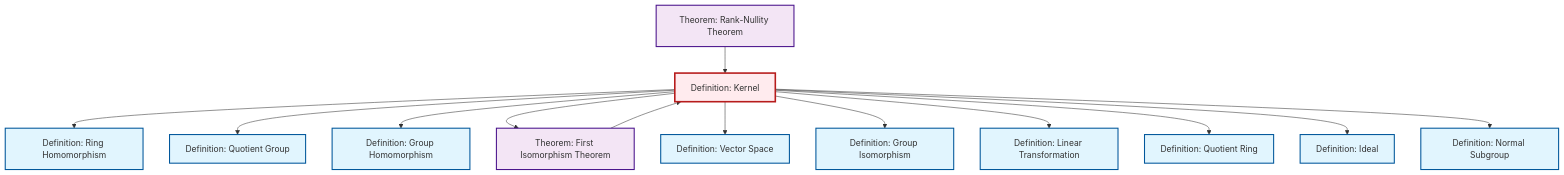
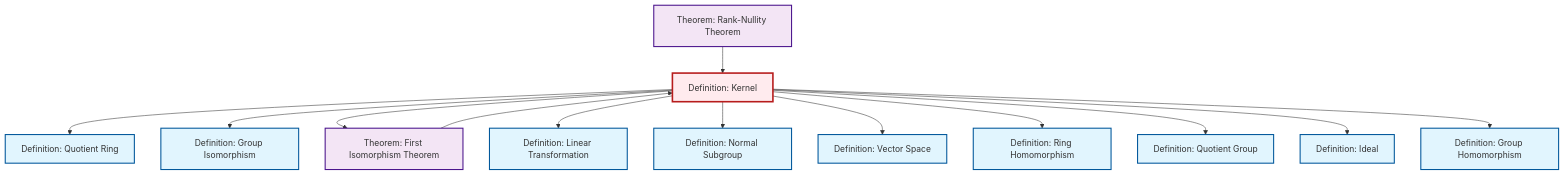
Before and after one commit to RK0429/ModernMath: the diagram in content/ja/algebra/def-kernel.qmd, drawn with Mermaid. The commit also changed other lines of this file and 634 other files, not shown here.

First line of the commit message:
feat: Add prime ideal definition with comprehensive cross-references

````diff
--- a/content/ja/algebra/def-kernel.qmd
+++ b/content/ja/algebra/def-kernel.qmd
@@ -83,45 +83,45 @@
 ```{mermaid}
 %%| fig-cap: "Local dependency graph"
 graph TD
     classDef definition fill:#e1f5fe,stroke:#01579b,stroke-width:2px
     classDef theorem fill:#f3e5f5,stroke:#4a148c,stroke-width:2px
     classDef axiom fill:#fff3e0,stroke:#e65100,stroke-width:2px
     classDef example fill:#e8f5e9,stroke:#1b5e20,stroke-width:2px
     classDef current fill:#ffebee,stroke:#b71c1c,stroke-width:3px
+    def-quotient-ring["Definition: Quotient Ring"]:::definition
+    thm-rank-nullity["Theorem: Rank-Nullity Theorem"]:::theorem
+    def-ring-homomorphism["Definition: Ring Homomorphism"]:::definition
+    def-quotient-group["Definition: Quotient Group"]:::definition
     def-normal-subgroup["Definition: Normal Subgroup"]:::definition
+    def-isomorphism["Definition: Group Isomorphism"]:::definition
+    thm-first-isomorphism["Theorem: First Isomorphism Theorem"]:::theorem
+    def-linear-transformation["Definition: Linear Transformation"]:::definition
     def-kernel["Definition: Kernel"]:::definition
-    def-ring-homomorphism["Definition: Ring Homomorphism"]:::definition
-    def-linear-transformation["Definition: Linear Transformation"]:::definition
-    def-ideal["Definition: Ideal"]:::definition
-    thm-first-isomorphism["Theorem: First Isomorphism Theorem"]:::theorem
-    thm-rank-nullity["Theorem: Rank-Nullity Theorem"]:::theorem
-    def-quotient-group["Definition: Quotient Group"]:::definition
-    def-isomorphism["Definition: Group Isomorphism"]:::definition
-    def-quotient-ring["Definition: Quotient Ring"]:::definition
     def-homomorphism["Definition: Group Homomorphism"]:::definition
     def-vector-space["Definition: Vector Space"]:::definition
+    def-ideal["Definition: Ideal"]:::definition
+    def-kernel --> def-quotient-ring
+    def-kernel --> def-isomorphism
+    def-kernel --> thm-first-isomorphism
+    thm-first-isomorphism --> def-kernel
+    def-kernel --> def-linear-transformation
+    def-kernel --> def-normal-subgroup
+    def-kernel --> def-vector-space
     def-kernel --> def-ring-homomorphism
     def-kernel --> def-quotient-group
+    def-kernel --> def-ideal
     def-kernel --> def-homomorphism
-    def-kernel --> thm-first-isomorphism
-    def-kernel --> def-vector-space
-    def-kernel --> def-isomorphism
-    def-kernel --> def-linear-transformation
-    def-kernel --> def-quotient-ring
-    thm-first-isomorphism --> def-kernel
-    def-kernel --> def-ideal
     thm-rank-nullity --> def-kernel
-    def-kernel --> def-normal-subgroup
     class def-kernel current
+    click def-quotient-ring "def-quotient-ring.html" "Definition: Quotient Ringへ"
+    click thm-rank-nullity "thm-rank-nullity.html" "Theorem: Rank-Nullity Theoremへ"
+    click def-ring-homomorphism "def-ring-homomorphism.html" "Definition: Ring Homomorphismへ"
+    click def-quotient-group "def-quotient-group.html" "Definition: Quotient Groupへ"
     click def-normal-subgroup "def-normal-subgroup.html" "Definition: Normal Subgroupへ"
-    click def-ring-homomorphism "def-ring-homomorphism.html" "Definition: Ring Homomorphismへ"
+    click def-isomorphism "def-isomorphism.html" "Definition: Group Isomorphismへ"
+    click thm-first-isomorphism "thm-first-isomorphism.html" "Theorem: First Isomorphism Theoremへ"
     click def-linear-transformation "def-linear-transformation.html" "Definition: Linear Transformationへ"
-    click def-ideal "def-ideal.html" "Definition: Idealへ"
-    click thm-first-isomorphism "thm-first-isomorphism.html" "Theorem: First Isomorphism Theoremへ"
-    click thm-rank-nullity "thm-rank-nullity.html" "Theorem: Rank-Nullity Theoremへ"
-    click def-quotient-group "def-quotient-group.html" "Definition: Quotient Groupへ"
-    click def-isomorphism "def-isomorphism.html" "Definition: Group Isomorphismへ"
-    click def-quotient-ring "def-quotient-ring.html" "Definition: Quotient Ringへ"
     click def-homomorphism "def-homomorphism.html" "Definition: Group Homomorphismへ"
     click def-vector-space "def-vector-space.html" "Definition: Vector Spaceへ"
+    click def-ideal "def-ideal.html" "Definition: Idealへ"
 ```
````
